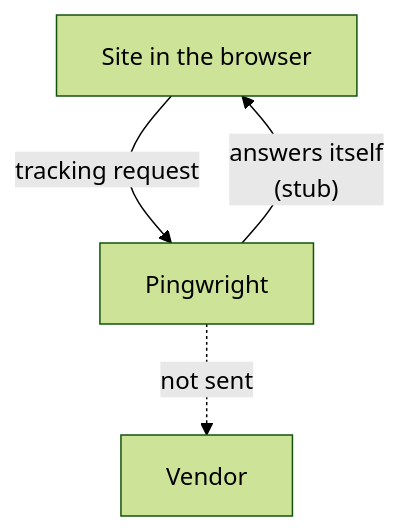
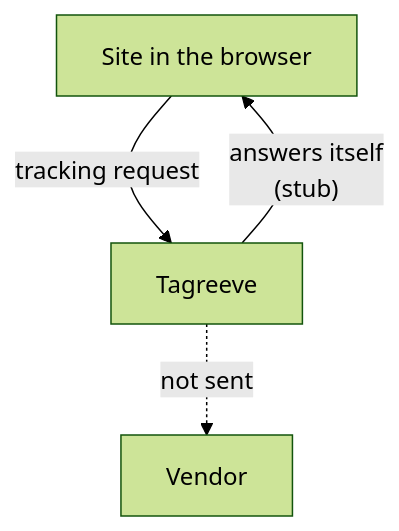
Before and after one commit to alfhen/pingwright: the third of 3 diagrams in docs/guide/what-it-checks.md, drawn with Mermaid (forest theme). The commit also changed other lines of this file and 174 other files, not shown here.

First line of the commit message:
Rename Pingwright to Tagreeve

````diff
--- a/docs/guide/what-it-checks.md
+++ b/docs/guide/what-it-checks.md
@@ -49,6 +49,6 @@
 ```mermaid
 flowchart TB
-  page["Site in the browser"] -->|tracking request| pw["Pingwright"]
+  page["Site in the browser"] -->|tracking request| pw["Tagreeve"]
   pw -->|"answers itself<br/>(stub)"| page
   pw -.->|"not sent"| vendor["Vendor"]
 ```
````
